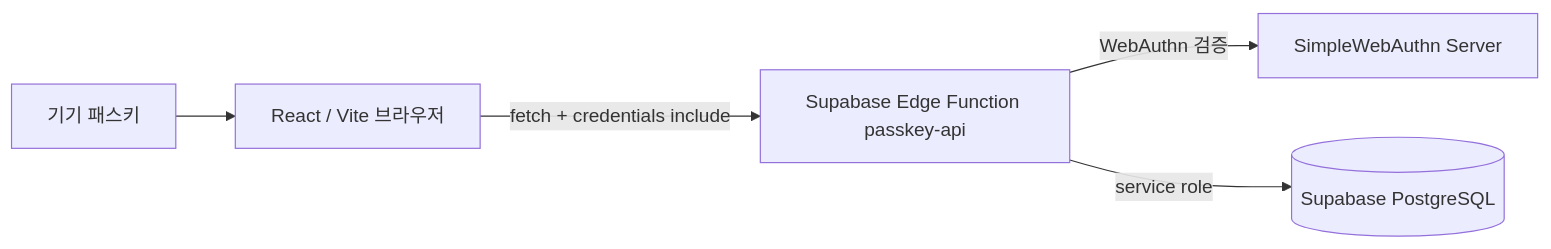
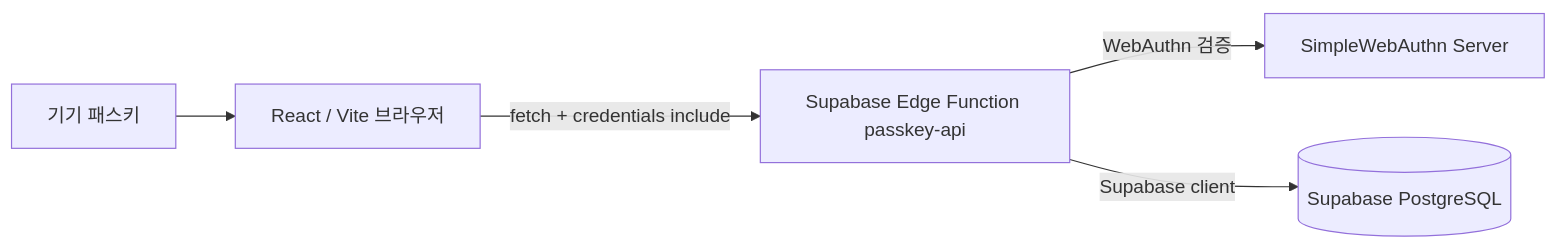
The diagram in README.md (Gilin03/webauthn-passkey-auth), drawn with Mermaid before and after one commit. The commit also changed other lines of this file and 2 other files, not shown here.

````diff
--- a/README.md
+++ b/README.md
@@ -50,7 +49,7 @@
 ```mermaid
 flowchart LR
     Device["기기 패스키"] --> Browser["React / Vite 브라우저"]
     Browser -->|"fetch + credentials include"| Edge["Supabase Edge Function passkey-api"]
     Edge -->|"WebAuthn 검증"| WebAuthn["SimpleWebAuthn Server"]
-    Edge -->|"service role"| DB[("Supabase PostgreSQL")]
+    Edge -->|"Supabase client"| DB[("Supabase PostgreSQL")]
 ```
````
